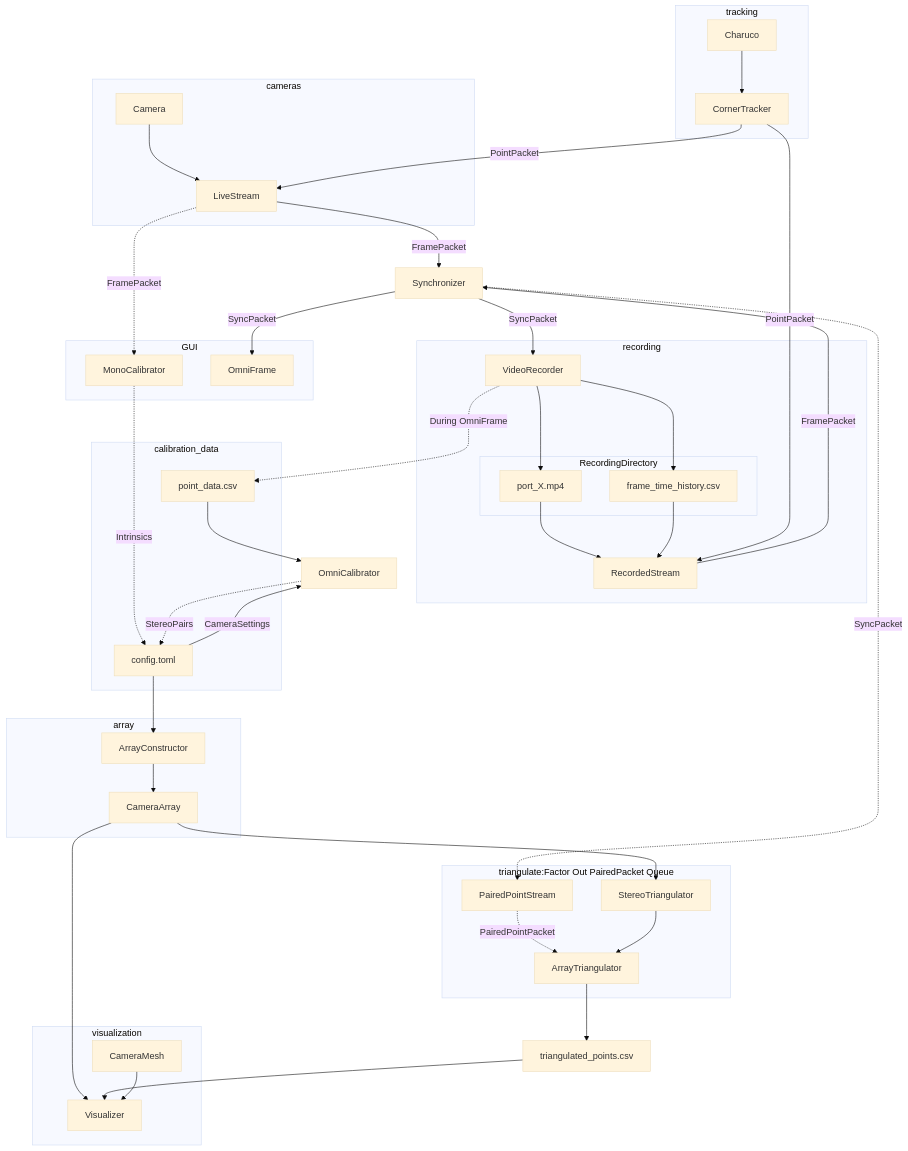
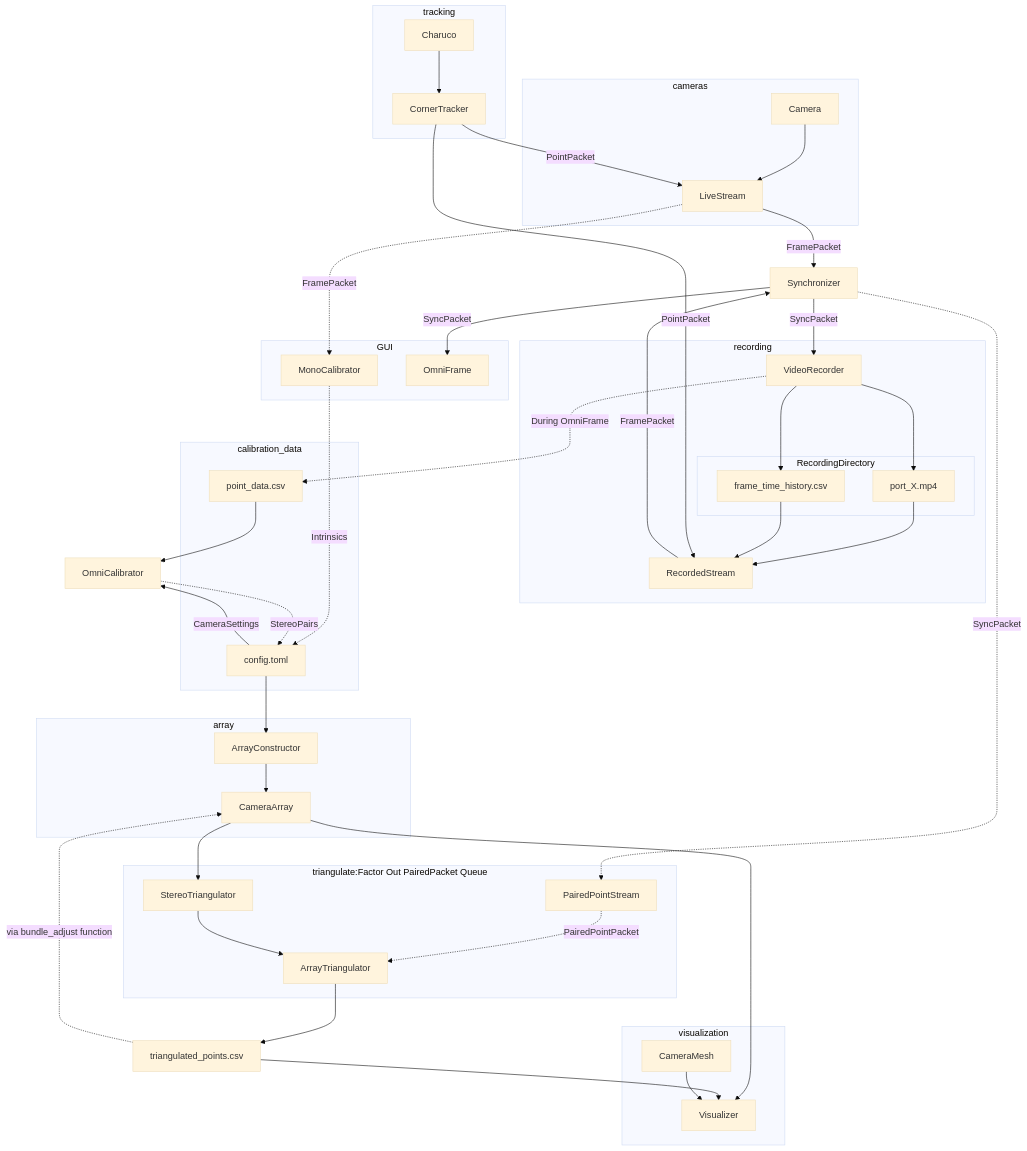
One commit to mprib/caliscope changed the diagram in README.md. Above: the diagram before and after it, drawn with Mermaid (base theme).

Commit message:
make Bund. Adj. explicit

```diff
--- a/README.md
+++ b/README.md
@@ -88,6 +88,8 @@
 ArrayTriangulator --> triangulated_points.csv
 triangulated_points.csv --> Visualizer
 
+triangulated_points.csv -.via bundle_adjust function.-> CameraArray
+
 subgraph visualization
     CameraMesh --> Visualizer
 end
```
